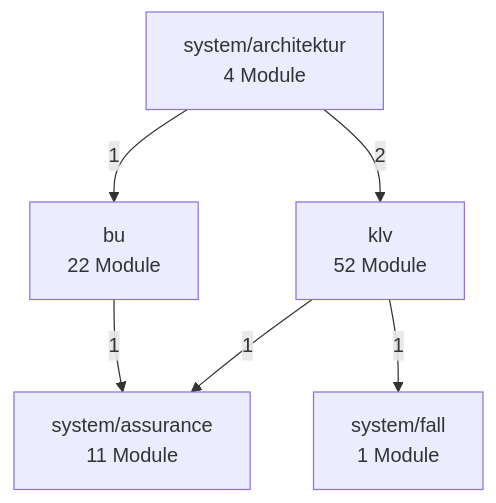
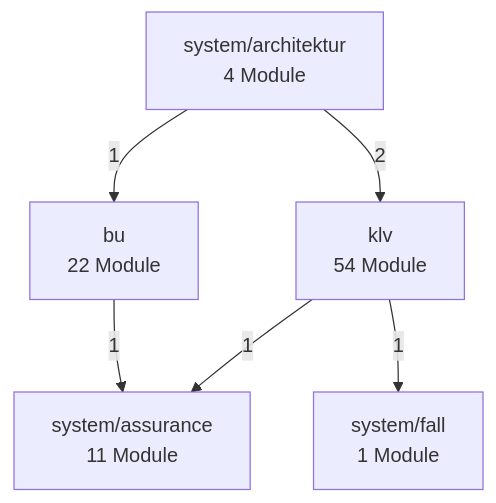
One commit to bartlmac/rechner-pipeline changed the second of 3 diagrams in docs/architektur/landkarte.md. Above: the diagram before and after it, drawn with Mermaid. The commit also changed other lines of this file, not shown here.

````diff
--- a/docs/architektur/landkarte.md
+++ b/docs/architektur/landkarte.md
@@ -73,14 +73,14 @@
 ```mermaid
 %% Fachknoten — erzeugt von ontologie.landkarte
 flowchart TD
     bu["bu<br/>22 Module"]
-    klv["klv<br/>52 Module"]
+    klv["klv<br/>54 Module"]
     system_architektur["system/architektur<br/>4 Module"]
     system_assurance["system/assurance<br/>11 Module"]
     system_fall["system/fall<br/>1 Module"]
     bu -- 1 --> system_assurance
     klv -- 1 --> system_assurance
     klv -- 1 --> system_fall
     system_architektur -- 1 --> bu
     system_architektur -- 2 --> klv
 ```
````
